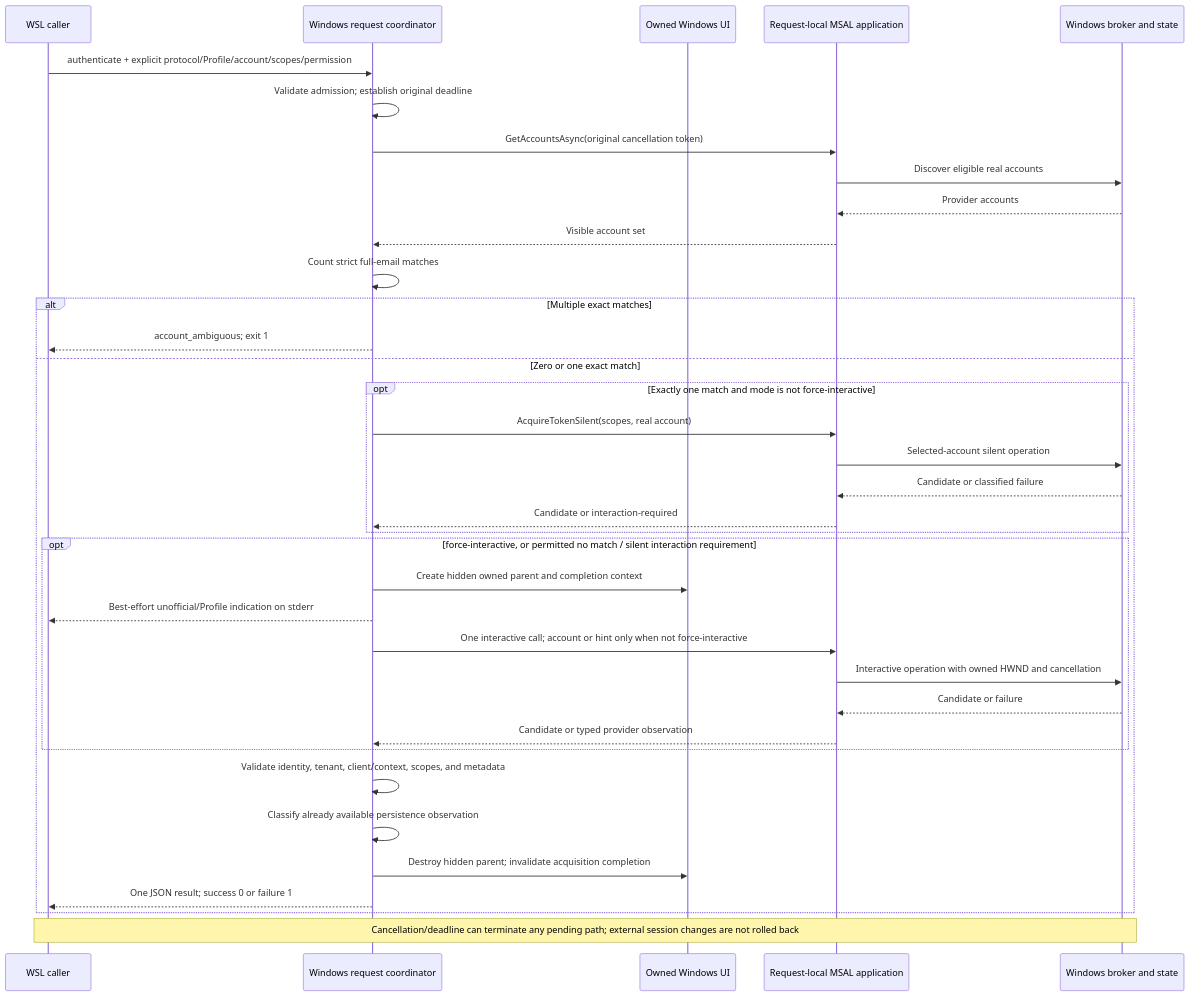
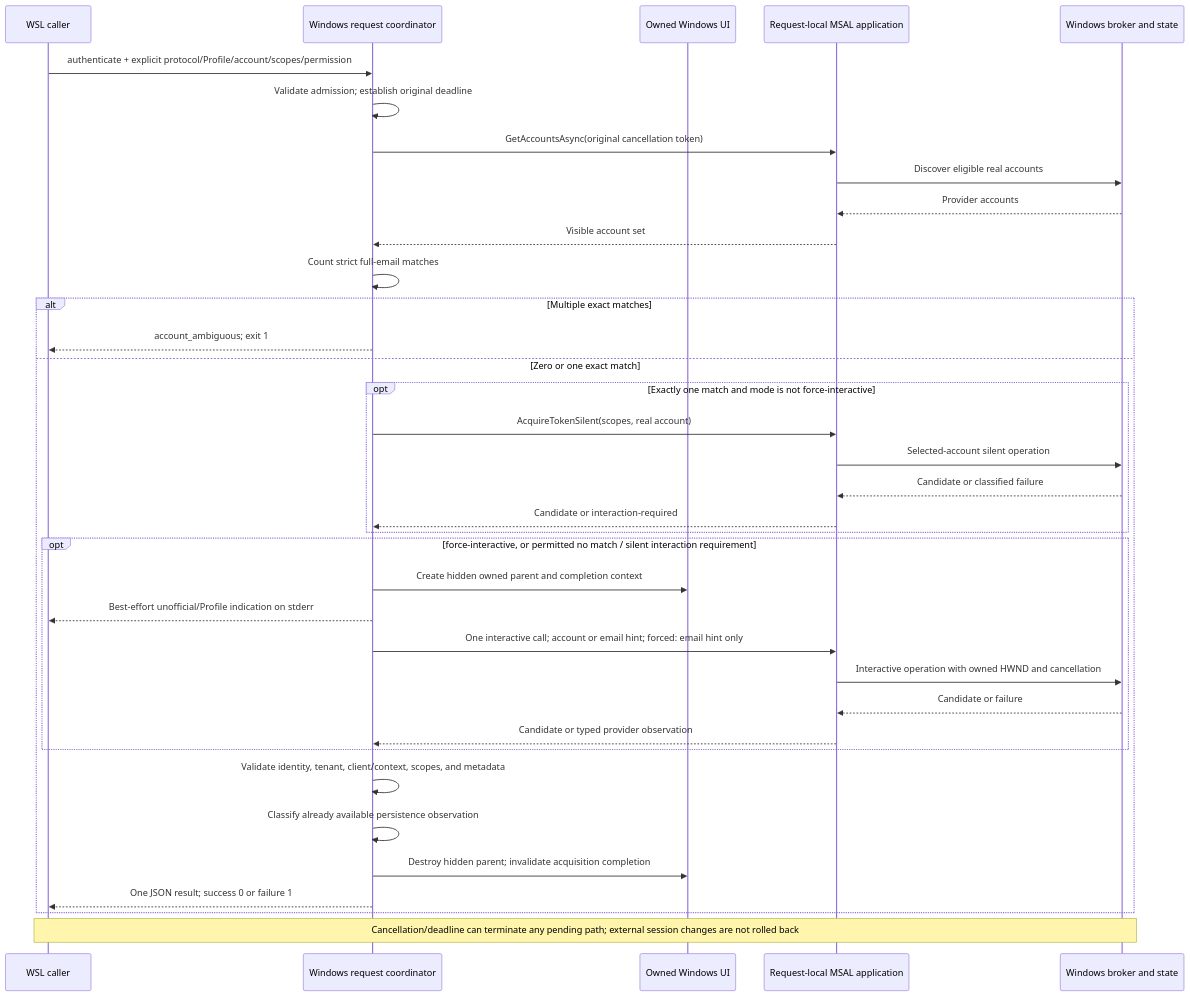
One commit to hcoona/microsoft-authentication-cli changed the second of 4 diagrams in docs/designs/windows-ado-authentication.md. Above: the diagram before and after it, drawn with Mermaid. The commit also changed other lines of this file and 7 other files, not shown here.

First line of the commit message:
fix(windows): hint the requested email for forced interaction

````diff
--- a/docs/designs/windows-ado-authentication.md
+++ b/docs/designs/windows-ado-authentication.md
@@ -690,38 +707,38 @@
 ```mermaid
 sequenceDiagram
     participant Caller as WSL caller
     participant CLI as Windows request coordinator
     participant UI as Owned Windows UI
     participant MSAL as Request-local MSAL application
     participant WAM as Windows broker and state
     Caller->>CLI: authenticate + explicit protocol/Profile/account/scopes/permission
     CLI->>CLI: Validate admission#59; establish original deadline
     CLI->>MSAL: GetAccountsAsync(original cancellation token)
     MSAL->>WAM: Discover eligible real accounts
     WAM-->>MSAL: Provider accounts
     MSAL-->>CLI: Visible account set
     CLI->>CLI: Count strict full-email matches
     alt Multiple exact matches
         CLI-->>Caller: account_ambiguous#59; exit 1
     else Zero or one exact match
         opt Exactly one match and mode is not force-interactive
             CLI->>MSAL: AcquireTokenSilent(scopes, real account)
             MSAL->>WAM: Selected-account silent operation
             WAM-->>MSAL: Candidate or classified failure
             MSAL-->>CLI: Candidate or interaction-required
         end
         opt force-interactive, or permitted no match / silent interaction requirement
             CLI->>UI: Create hidden owned parent and completion context
             CLI-->>Caller: Best-effort unofficial/Profile indication on stderr
-            CLI->>MSAL: One interactive call#59; account or hint only when not force-interactive
+            CLI->>MSAL: One interactive call#59; account or email hint#59; forced: email hint only
             MSAL->>WAM: Interactive operation with owned HWND and cancellation
             WAM-->>MSAL: Candidate or failure
             MSAL-->>CLI: Candidate or typed provider observation
         end
         CLI->>CLI: Validate identity, tenant, client/context, scopes, and metadata
         CLI->>CLI: Classify already available persistence observation
         CLI->>UI: Destroy hidden parent#59; invalidate acquisition completion
         CLI-->>Caller: One JSON result#59; success 0 or failure 1
     end
     Note over Caller,WAM: Cancellation/deadline can terminate any pending path#59; external session changes are not rolled back
 ```
````
